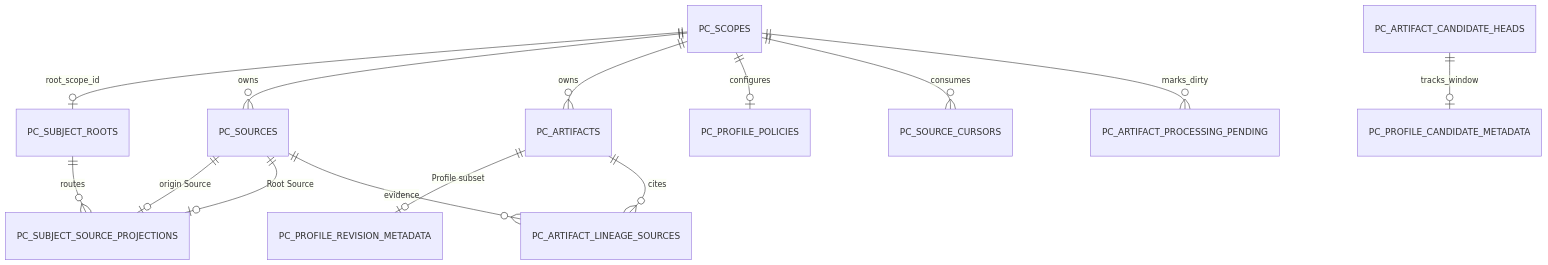
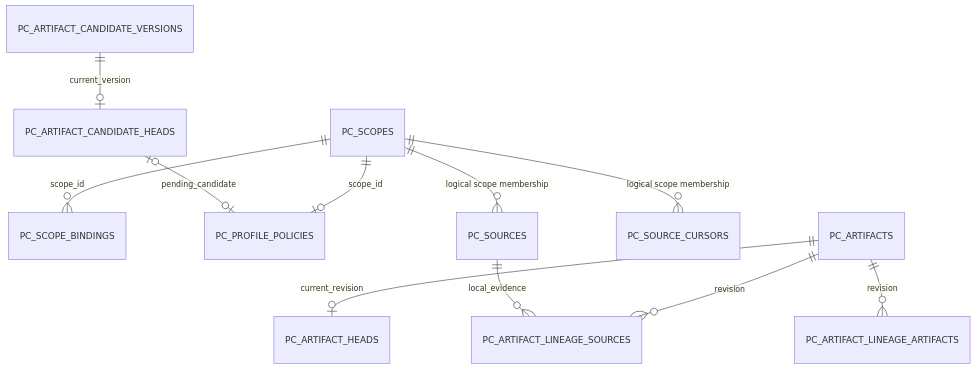
The fourth of 4 diagrams in docs/zh/rfcs/1485_profile_artifact.md (oceanbase/powercontext), drawn with Mermaid before and after one commit. The commit also changed other lines of this file and 1 other file, not shown here.

Commit message:
docs(rfc): simplify profile storage and subject writes

````diff
--- a/docs/zh/rfcs/1485_profile_artifact.md
+++ b/docs/zh/rfcs/1485_profile_artifact.md
@@ -567,16 +383,13 @@
 ```mermaid
 erDiagram
-    PC_SCOPES ||--o| PC_SUBJECT_ROOTS : "root_scope_id"
-    PC_SCOPES ||--o{ PC_SOURCES : owns
-    PC_SUBJECT_ROOTS ||--o{ PC_SUBJECT_SOURCE_PROJECTIONS : routes
-    PC_SOURCES ||--o| PC_SUBJECT_SOURCE_PROJECTIONS : "origin Source"
-    PC_SOURCES ||--o| PC_SUBJECT_SOURCE_PROJECTIONS : "Root Source"
-    PC_SCOPES ||--o{ PC_ARTIFACTS : owns
-    PC_ARTIFACTS ||--o| PC_PROFILE_REVISION_METADATA : "Profile subset"
-    PC_ARTIFACTS ||--o{ PC_ARTIFACT_LINEAGE_SOURCES : cites
-    PC_SOURCES ||--o{ PC_ARTIFACT_LINEAGE_SOURCES : evidence
-    PC_SCOPES ||--o| PC_PROFILE_POLICIES : configures
-    PC_ARTIFACT_CANDIDATE_HEADS ||--o| PC_PROFILE_CANDIDATE_METADATA : tracks_window
-    PC_SCOPES ||--o{ PC_SOURCE_CURSORS : consumes
-    PC_SCOPES ||--o{ PC_ARTIFACT_PROCESSING_PENDING : marks_dirty
+    PC_SCOPES ||--o{ PC_SCOPE_BINDINGS : scope_id
+    PC_SCOPES ||--o| PC_PROFILE_POLICIES : scope_id
+    PC_SCOPES ||--o{ PC_SOURCES : "logical scope membership"
+    PC_SCOPES ||--o{ PC_SOURCE_CURSORS : "logical scope membership"
+    PC_ARTIFACTS ||--o| PC_ARTIFACT_HEADS : current_revision
+    PC_ARTIFACTS ||--o{ PC_ARTIFACT_LINEAGE_SOURCES : revision
+    PC_SOURCES ||--o{ PC_ARTIFACT_LINEAGE_SOURCES : local_evidence
+    PC_ARTIFACTS ||--o{ PC_ARTIFACT_LINEAGE_ARTIFACTS : revision
+    PC_ARTIFACT_CANDIDATE_VERSIONS ||--o| PC_ARTIFACT_CANDIDATE_HEADS : current_version
+    PC_ARTIFACT_CANDIDATE_HEADS o|--o| PC_PROFILE_POLICIES : pending_candidate
 ```
````
